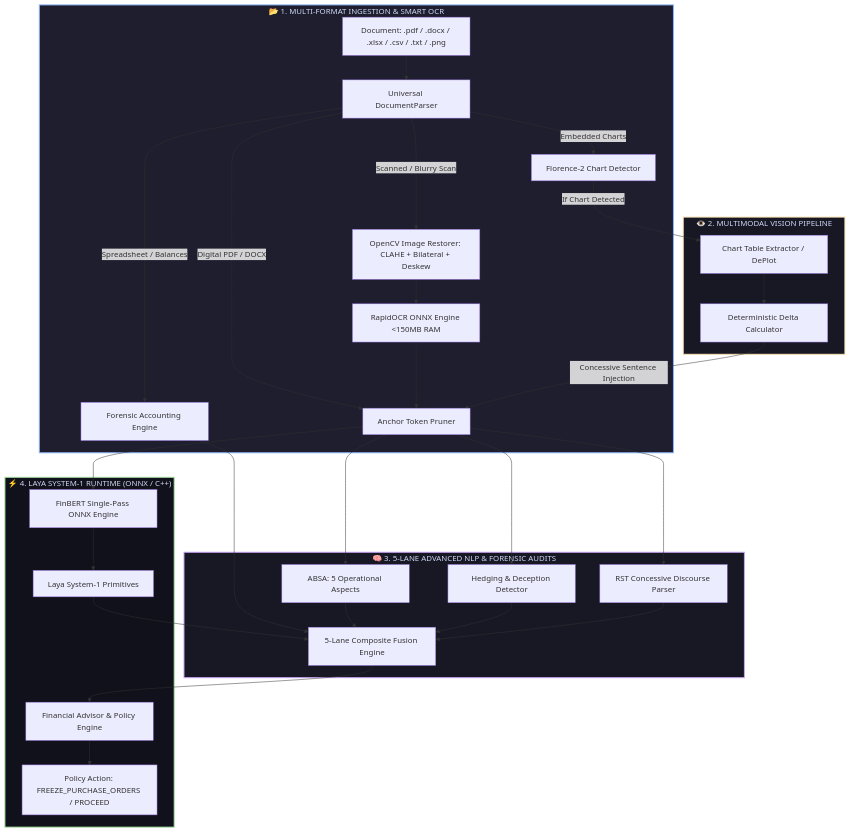
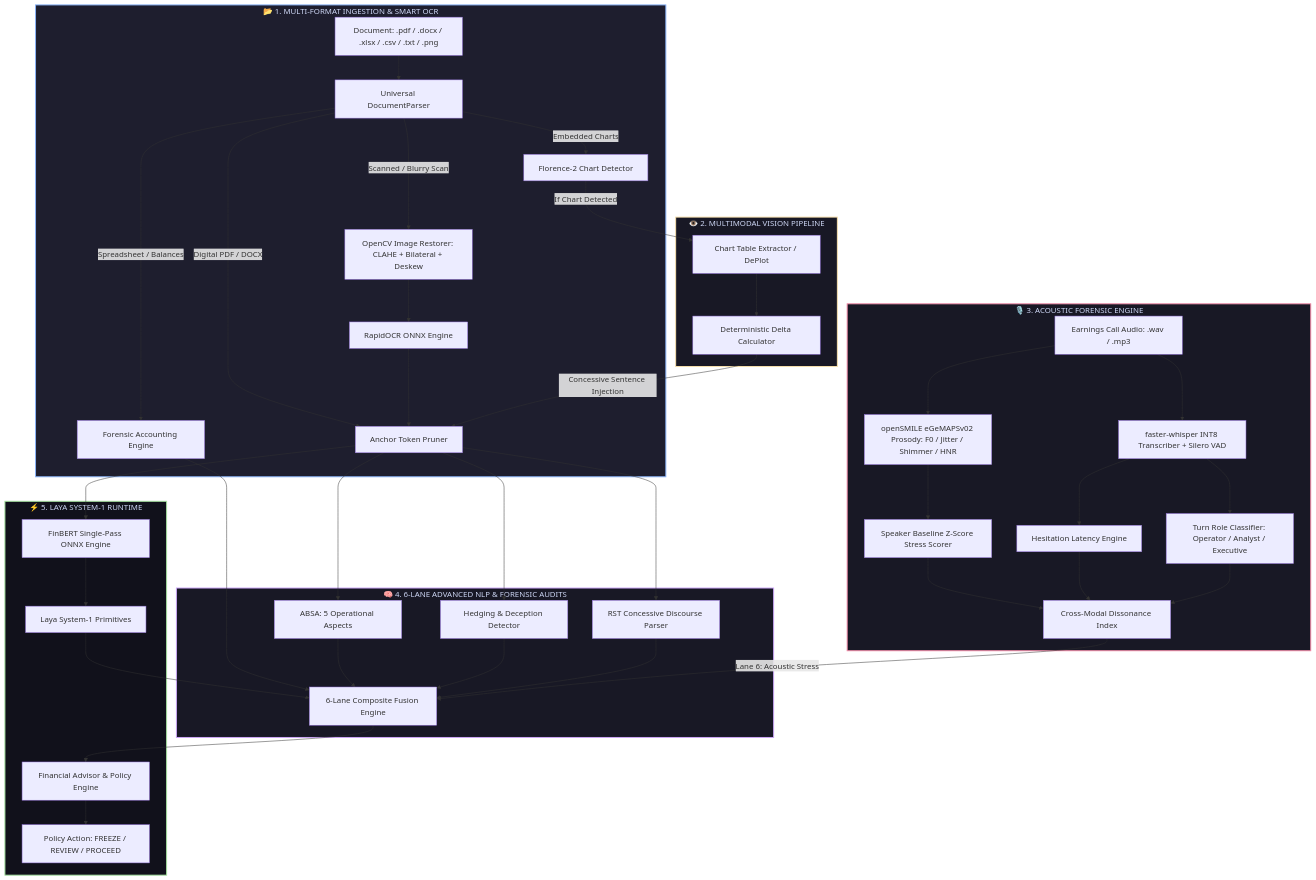
Before and after one commit to Humble-Librarian/Virdixt: the diagram in README.md, drawn with Mermaid. The commit also changed other lines of this file, not shown here.

Commit message:
docs: update README with Path #5 acoustic stress engine, 6-lane fusion, and 35-test suite

````diff
--- a/README.md
+++ b/README.md
@@ -50,41 +54,54 @@
 ```mermaid
 flowchart TD
     subgraph INGESTION["📂 1. MULTI-FORMAT INGESTION & SMART OCR"]
         INPUT[Document: .pdf / .docx / .xlsx / .csv / .txt / .png] --> PARSE[Universal DocumentParser]
         PARSE -->|Digital PDF / DOCX| PRUNE[Anchor Token Pruner]
         PARSE -->|Scanned / Blurry Scan| ENHANCE[OpenCV Image Restorer: CLAHE + Bilateral + Deskew]
-        ENHANCE --> OCR[RapidOCR ONNX Engine <150MB RAM]
+        ENHANCE --> OCR[RapidOCR ONNX Engine]
         OCR --> PRUNE
         PARSE -->|Spreadsheet / Balances| FOR_ENG[Forensic Accounting Engine]
         PARSE -->|Embedded Charts| DETECT[Florence-2 Chart Detector]
     end
 
     subgraph VISION["👁️ 2. MULTIMODAL VISION PIPELINE"]
         DETECT -->|If Chart Detected| EXTRACT[Chart Table Extractor / DePlot]
         EXTRACT --> DELTA[Deterministic Delta Calculator]
         DELTA -->|Concessive Sentence Injection| PRUNE
     end
 
-    subgraph AUDITS["🧠 3. 5-LANE ADVANCED NLP & FORENSIC AUDITS"]
+    subgraph AUDIO["🎙️ 3. ACOUSTIC FORENSIC ENGINE"]
+        AUDIO_IN[Earnings Call Audio: .wav / .mp3] --> WHISPER[faster-whisper INT8 Transcriber + Silero VAD]
+        WHISPER --> TURNS[Turn Role Classifier: Operator / Analyst / Executive]
+        WHISPER --> LATENCY[Hesitation Latency Engine]
+        AUDIO_IN --> SMILE[openSMILE eGeMAPSv02 Prosody: F0 / Jitter / Shimmer / HNR]
+        SMILE --> STRESS[Speaker Baseline Z-Score Stress Scorer]
+        STRESS --> CMDI[Cross-Modal Dissonance Index]
+        LATENCY --> CMDI
+        TURNS --> CMDI
+    end
+
+    subgraph AUDITS["🧠 4. 6-LANE ADVANCED NLP & FORENSIC AUDITS"]
         PRUNE --> ABSA[ABSA: 5 Operational Aspects]
         PRUNE --> HEDGE[Hedging & Deception Detector]
         PRUNE --> DISC[RST Concessive Discourse Parser]
-        FOR_ENG --> FUSION[5-Lane Composite Fusion Engine]
+        FOR_ENG --> FUSION[6-Lane Composite Fusion Engine]
         ABSA --> FUSION
         HEDGE --> FUSION
         DISC --> FUSION
+        CMDI -->|Lane 6: Acoustic Stress| FUSION
     end
 
-    subgraph DECISION["⚡ 4. LAYA SYSTEM-1 RUNTIME (ONNX / C++)"]
+    subgraph DECISION["⚡ 5. LAYA SYSTEM-1 RUNTIME"]
         PRUNE --> FINBERT[FinBERT Single-Pass ONNX Engine]
         FINBERT --> LAYA[Laya System-1 Primitives]
         LAYA --> FUSION
         FUSION --> ERP[Financial Advisor & Policy Engine]
-        ERP --> ACTION[Policy Action: FREEZE_PURCHASE_ORDERS / PROCEED]
+        ERP --> ACTION[Policy Action: FREEZE / REVIEW / PROCEED]
     end
 
     style INGESTION fill:#1e1e2e,stroke:#89b4fa,stroke-width:2px,color:#cdd6f4
     style VISION fill:#181825,stroke:#f9e2af,stroke-width:2px,color:#cdd6f4
+    style AUDIO fill:#181825,stroke:#f38ba8,stroke-width:2px,color:#cdd6f4
     style AUDITS fill:#181825,stroke:#cba6f7,stroke-width:2px,color:#cdd6f4
     style DECISION fill:#11111b,stroke:#a6e3a1,stroke-width:2px,color:#cdd6f4
 ```
````
